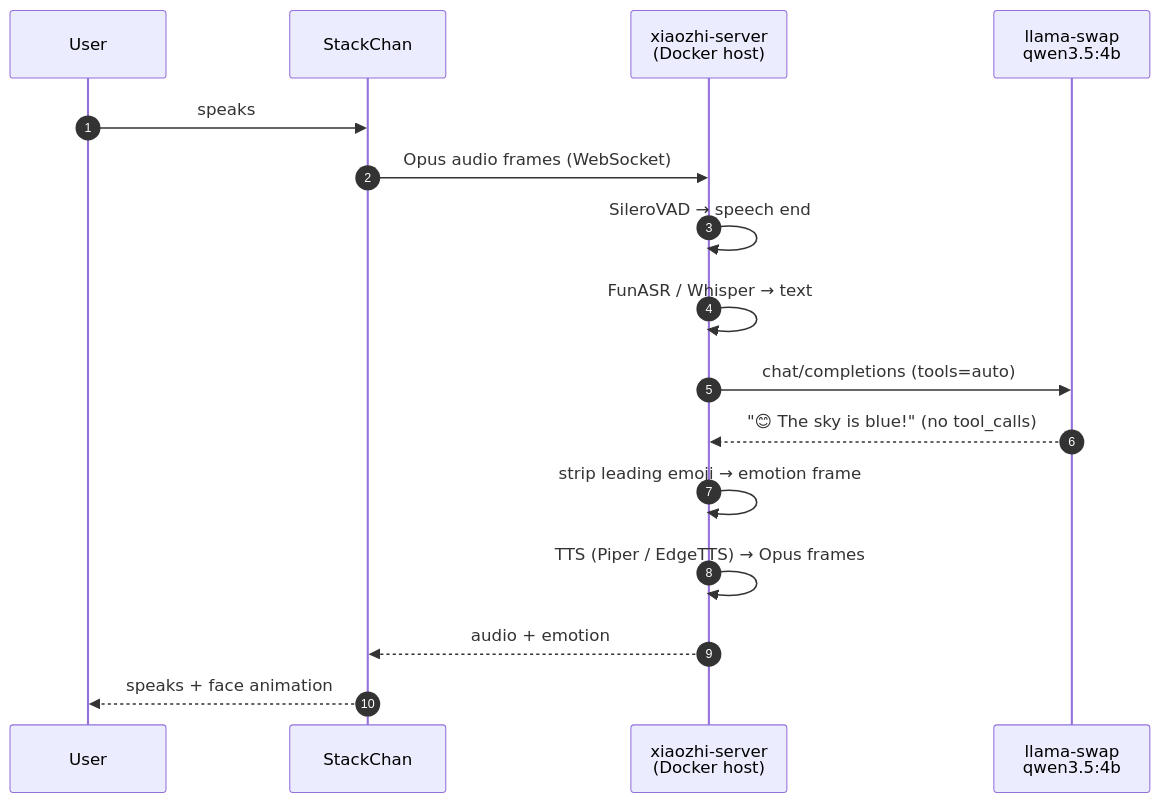
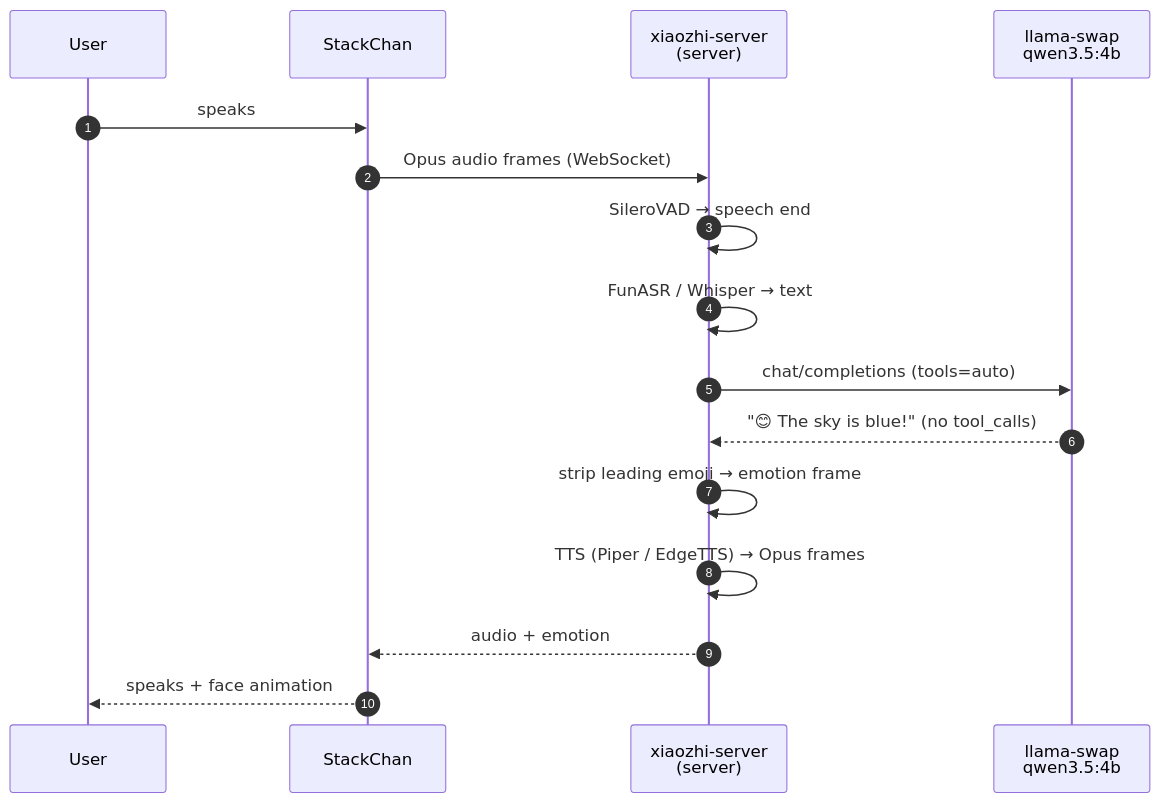
One commit to BrettKinny/dotty-stackchan changed the second of 4 diagrams in docs/architecture.md. Above: the diagram before and after it, drawn with Mermaid. The commit also changed other lines of this file and 12 other files, not shown here.

````diff
--- a/docs/architecture.md
+++ b/docs/architecture.md
@@ -82,19 +82,19 @@
 ```mermaid
 sequenceDiagram
     autonumber
     participant User
     participant SC as StackChan
-    participant XZ as xiaozhi-server<br/>(Docker host)
+    participant XZ as xiaozhi-server<br/>(server)
     participant LS as llama-swap<br/>qwen3.5:4b
 
     User->>SC: speaks
     SC->>XZ: Opus audio frames (WebSocket)
     XZ->>XZ: SileroVAD → speech end
     XZ->>XZ: FunASR / Whisper → text
     XZ->>LS: chat/completions (tools=auto)
     LS-->>XZ: "😊 The sky is blue!" (no tool_calls)
     XZ->>XZ: strip leading emoji → emotion frame
     XZ->>XZ: TTS (Piper / EdgeTTS) → Opus frames
     XZ-->>SC: audio + emotion
     SC-->>User: speaks + face animation
 ```
````
